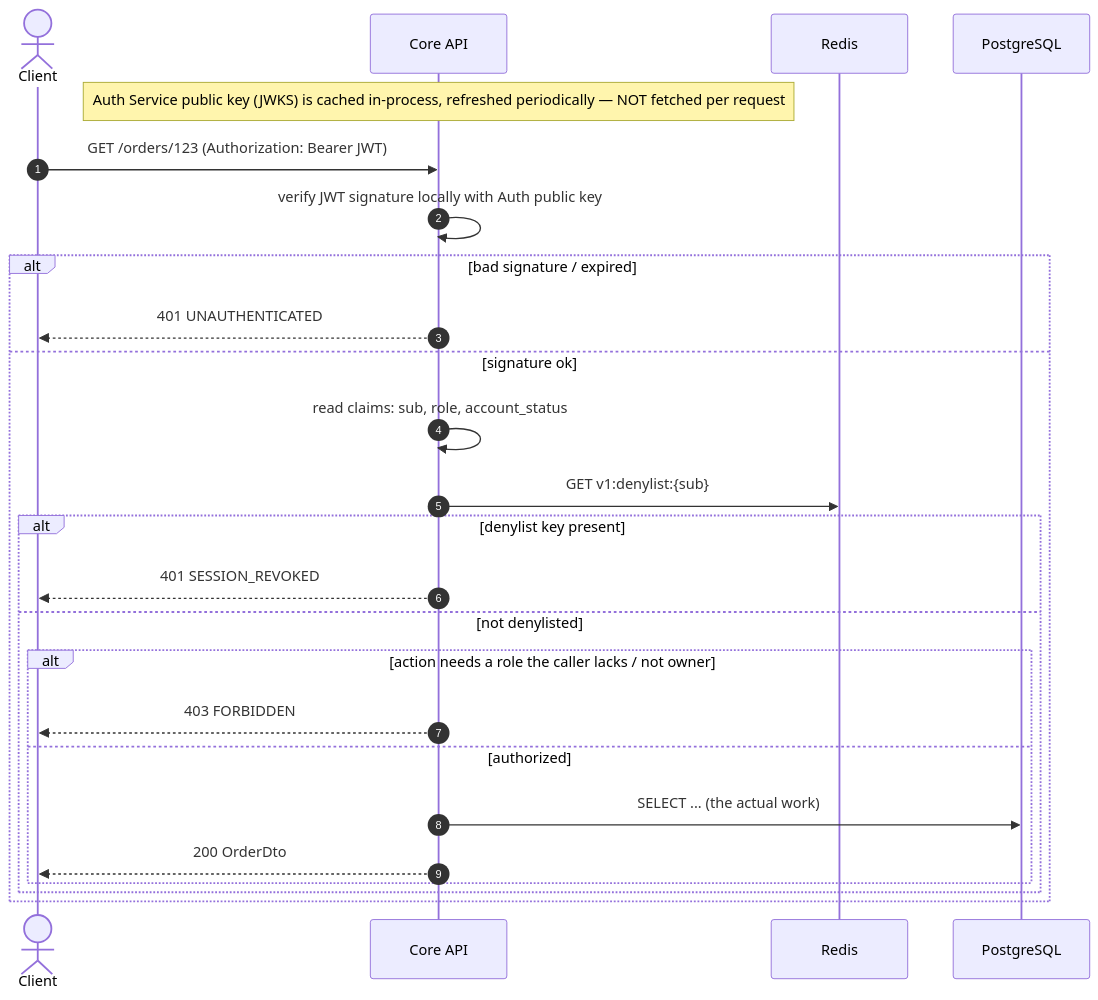
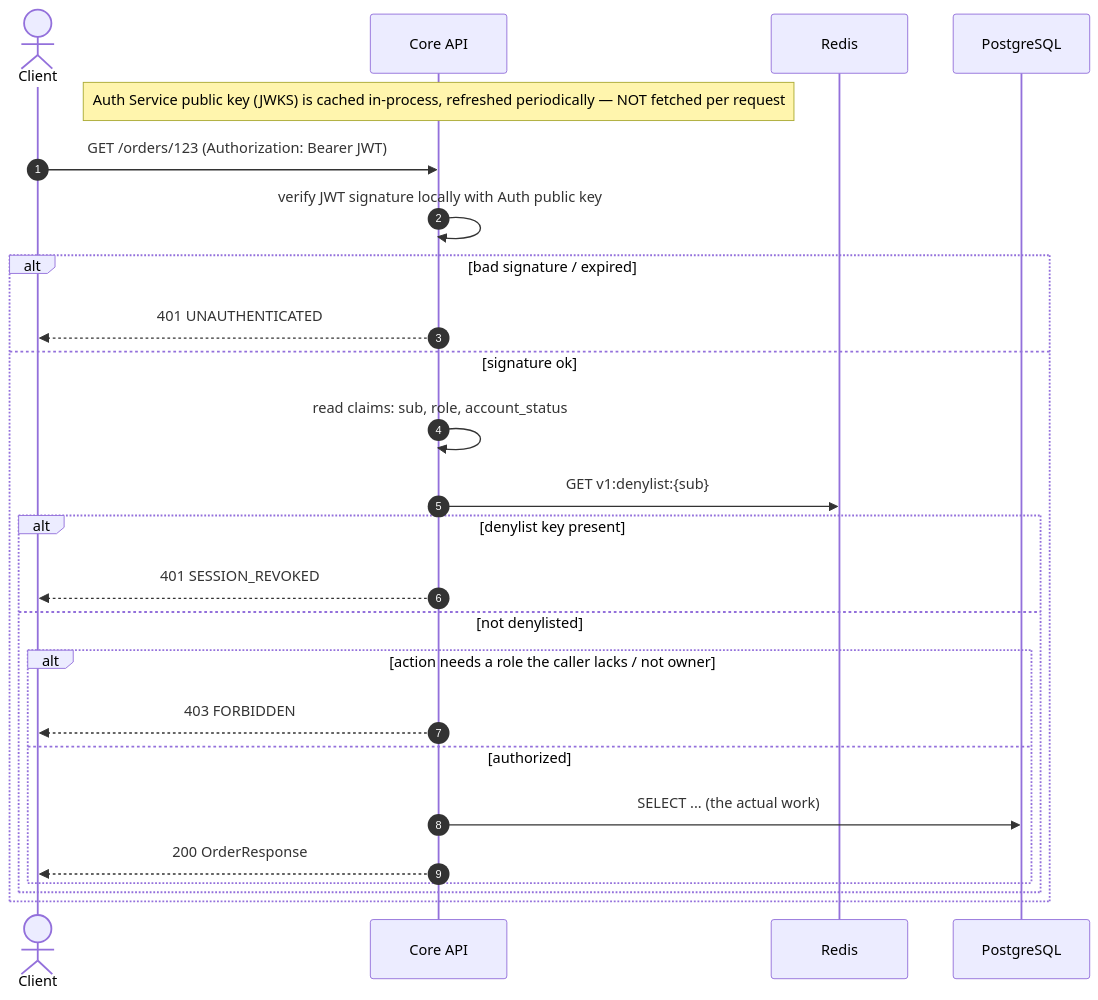
The third of 14 diagrams in docs/10 - Sequence Diagrams.md (Iarylkin/proFinder_backend), drawn with Mermaid before and after one commit. The commit also changed other lines of this file and 10 other files, not shown here.

````diff
--- a/docs/10 - Sequence Diagrams.md
+++ b/docs/10 - Sequence Diagrams.md
@@ -114,29 +114,29 @@
 ```mermaid
 sequenceDiagram
     autonumber
     actor U as Client
     participant Core as Core API
     participant Redis
     participant PG as PostgreSQL
 
     Note over Core: Auth Service public key (JWKS) is cached in-process, refreshed periodically — NOT fetched per request
 
     U->>Core: GET /orders/123  (Authorization: Bearer JWT)
     Core->>Core: verify JWT signature locally with Auth public key
     alt bad signature / expired
         Core-->>U: 401 UNAUTHENTICATED
     else signature ok
         Core->>Core: read claims: sub, role, account_status
         Core->>Redis: GET v1:denylist:{sub}
         alt denylist key present
             Core-->>U: 401 SESSION_REVOKED
         else not denylisted
             alt action needs a role the caller lacks / not owner
                 Core-->>U: 403 FORBIDDEN
             else authorized
                 Core->>PG: SELECT ... (the actual work)
-                Core-->>U: 200 OrderDto
+                Core-->>U: 200 OrderResponse
             end
         end
     end
 ```
````
